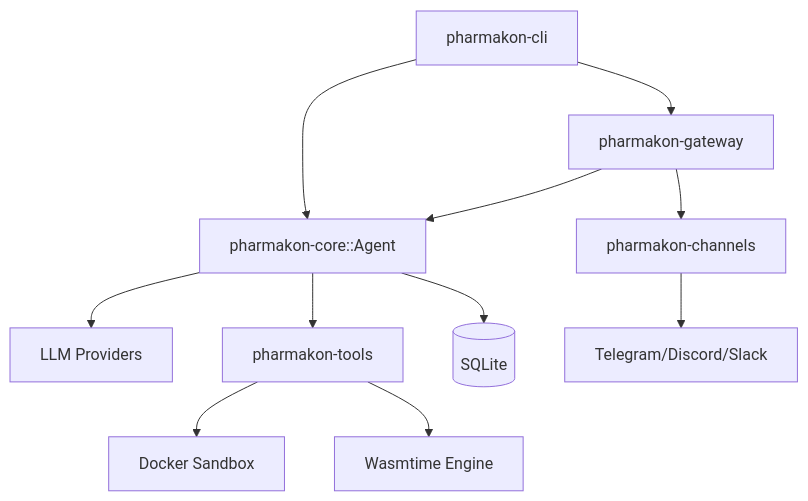
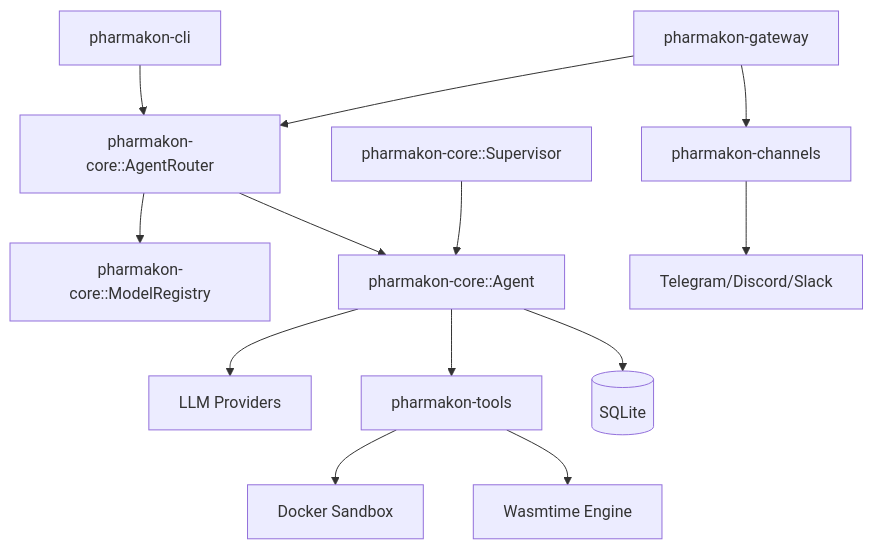
The diagram in ARCHITECTURE.md (Yasuno-5555/pharmakon), drawn with Mermaid before and after one commit. The commit also changed other lines of this file and 2 other files, not shown here.

Commit message:
docs: update architecture and user guide with multi-agent orchestration and dynamic model loading info

````diff
--- a/ARCHITECTURE.md
+++ b/ARCHITECTURE.md
@@ -14,17 +14,21 @@
 ```mermaid
 graph TD
-    CLI[pharmakon-cli] --> Gateway[pharmakon-gateway]
-    CLI --> Agent[pharmakon-core::Agent]
+    CLI[pharmakon-cli] --> Router[pharmakon-core::AgentRouter]
+    Gateway[pharmakon-gateway] --> Router
     
-    Gateway --> Agent
-    Gateway --> Channels[pharmakon-channels]
+    Router --> Registry[pharmakon-core::ModelRegistry]
+    Router --> Agent[pharmakon-core::Agent]
     
     Agent --> Providers[LLM Providers]
     Agent --> Tools[pharmakon-tools]
     Agent --> DB[(SQLite)]
+    
+    Supervisor[pharmakon-core::Supervisor] --> Agent
+    
+    Gateway --> Channels[pharmakon-channels]
     
     Tools --> Docker[Docker Sandbox]
     Tools --> WASM[Wasmtime Engine]
     
     Channels --> Messaging[Telegram/Discord/Slack]
 ```
````
